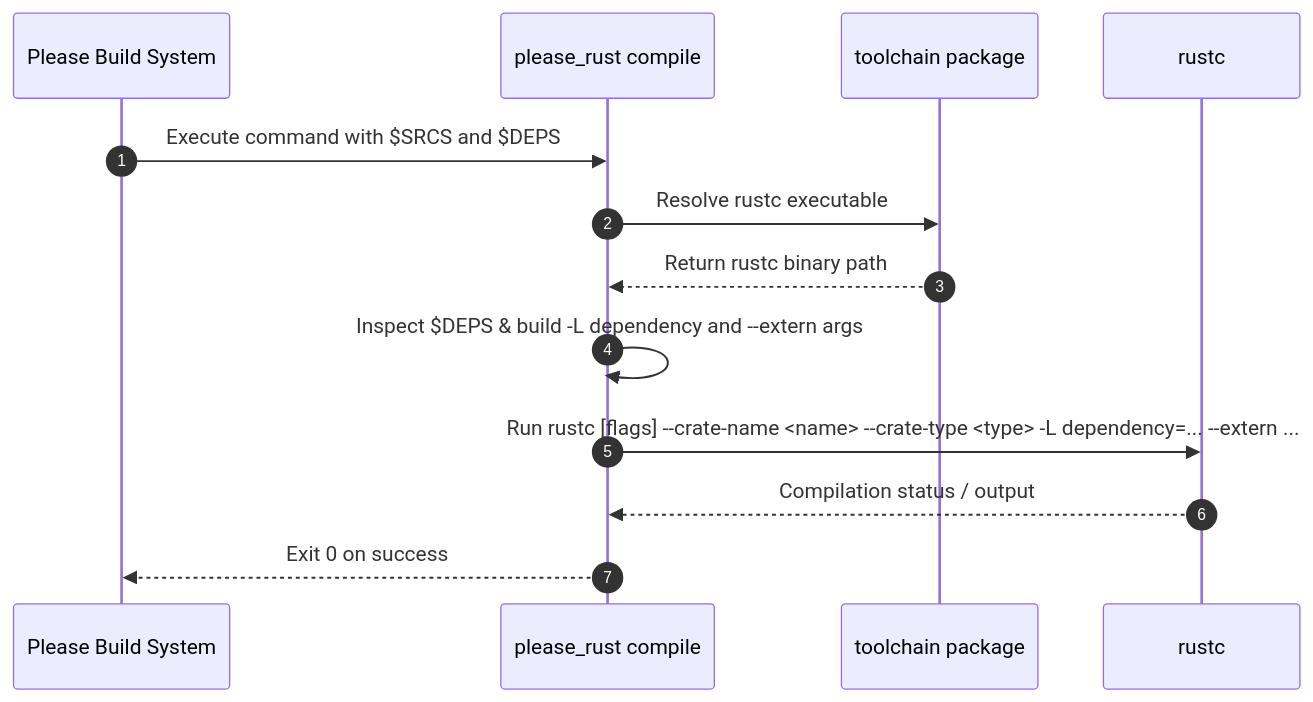
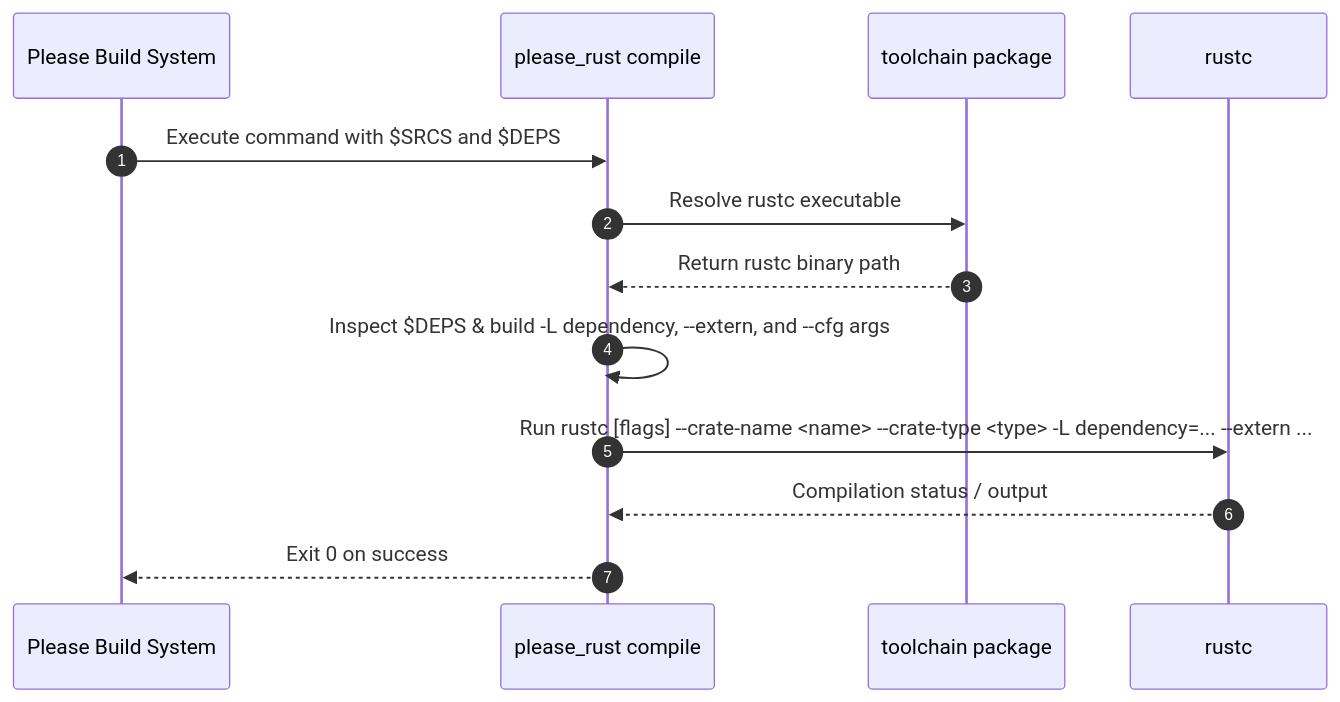
Before and after one commit to wcodesoft/please-rules: the second of 2 diagrams in docs/architecture.md, drawn with Mermaid. The commit also changed other lines of this file and 7 other files, not shown here.

````diff
--- a/docs/architecture.md
+++ b/docs/architecture.md
@@ -107,16 +127,16 @@
 ```mermaid
 sequenceDiagram
     autonumber
     participant Please as Please Build System
     participant PR as please_rust compile
     participant TC as toolchain package
     participant Rustc as rustc
 
     Please->>PR: Execute command with $SRCS and $DEPS
     PR->>TC: Resolve rustc executable
     TC-->>PR: Return rustc binary path
-    PR->>PR: Inspect $DEPS & build -L dependency and --extern args
+    PR->>PR: Inspect $DEPS & build -L dependency, --extern, and --cfg args
     PR->>Rustc: Run rustc [flags] --crate-name <name> --crate-type <type> -L dependency=... --extern ...
     Rustc-->>PR: Compilation status / output
     PR-->>Please: Exit 0 on success
 ```
````
